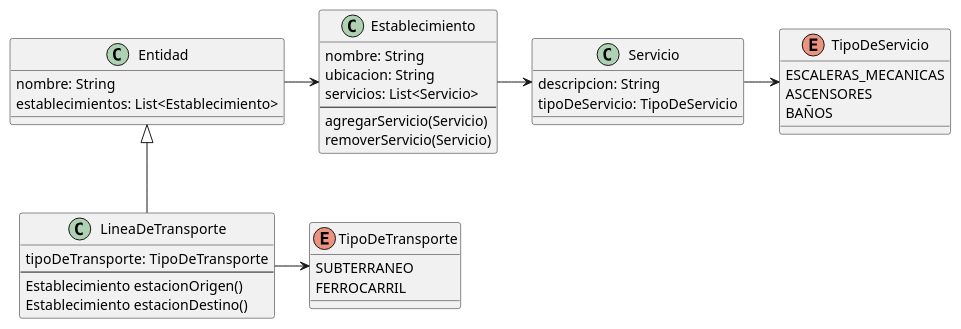
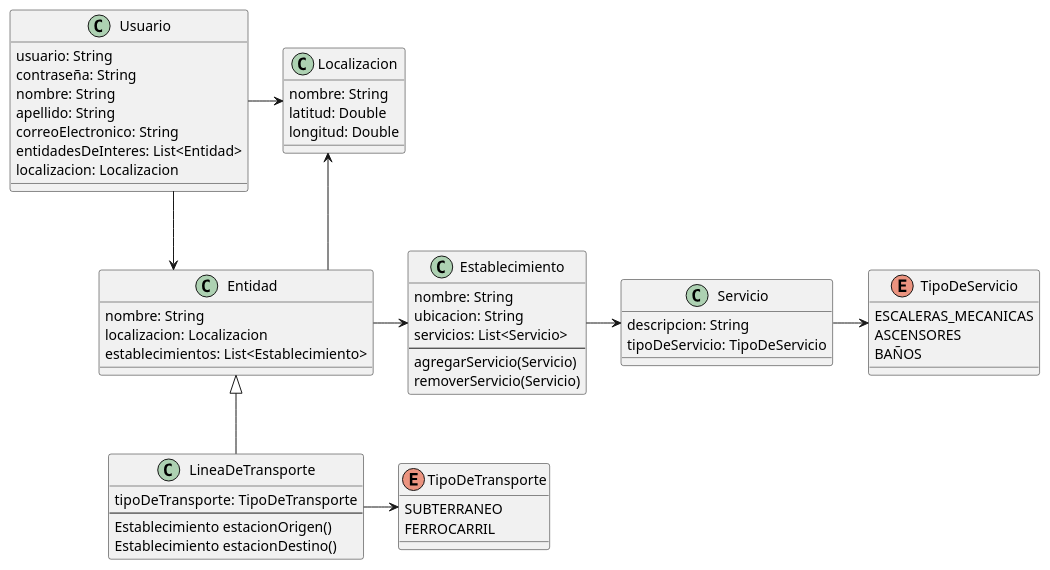
One commit to ValenAquino/tp-dds-2023 changed the diagram in docs/entrega-2/clases.puml. Above: the diagram before and after it, drawn with PlantUML. The commit also changed 1 other file, not shown here.

Commit message:
docs(clases): agregar entidadesDeIntereses y localizacion

```diff
--- a/docs/entrega-2/clases.puml
+++ b/docs/entrega-2/clases.puml
@@ -1,76 +1,88 @@
 @startuml TPA2-Clases
 skinparam linetype ortho
 
 ' Supermercado, Centro Comunal, Banco, ...
 class Entidad {
   nombre: String
+  localizacion: Localizacion
   establecimientos: List<Establecimiento>
 }
 
 ' Sucursal, Estacion, ...
 class Establecimiento {
   nombre: String
   ubicacion: String
   servicios: List<Servicio>
   --
   agregarServicio(Servicio)
   removerServicio(Servicio)
 }
 
 class Servicio {
   descripcion: String
   tipoDeServicio: TipoDeServicio
 }
 
 enum TipoDeServicio {
   ESCALERAS_MECANICAS
   ASCENSORES
   BAÑOS
 }
 
 class LineaDeTransporte {
   tipoDeTransporte: TipoDeTransporte
   --
   Establecimiento estacionOrigen()
   Establecimiento estacionDestino()
 }
 
 enum TipoDeTransporte {
   SUBTERRANEO
   FERROCARRIL
 }
 
-Entidad -> Establecimiento
-Establecimiento -> Servicio
-Servicio -> TipoDeServicio
-Entidad <|-- LineaDeTransporte
-LineaDeTransporte -> TipoDeTransporte
-
-/'
-
 class Usuario {
   usuario: String
   contraseña: String
   nombre: String
   apellido: String
   correoElectronico: String
-  membresias: List<Membresia>
+  entidadesDeInteres: List<Entidad>
+  localizacion: Localizacion
+  ' membresias: List<Membresia>
 }
+
+class Localizacion {
+  nombre: String
+  latitud: Double
+  longitud: Double
+}
+
+Entidad -> Establecimiento
+Establecimiento -> Servicio
+Servicio -> TipoDeServicio
+Entidad <|-- LineaDeTransporte
+LineaDeTransporte -> TipoDeTransporte
+Usuario --> Entidad
+Usuario -> Localizacion
+Localizacion <- Entidad
+
+/'
 
 class Comunidad {
   --
   crearServicio()
 }
 
 class Membresia {
   comunidad: Comunidad
   esAdministrador: Boolean
 }
 
 Comunidad ..> Servicio
 Usuario --> Membresia
 Comunidad <- Membresia
 
 '/
 
 @enduml
```
